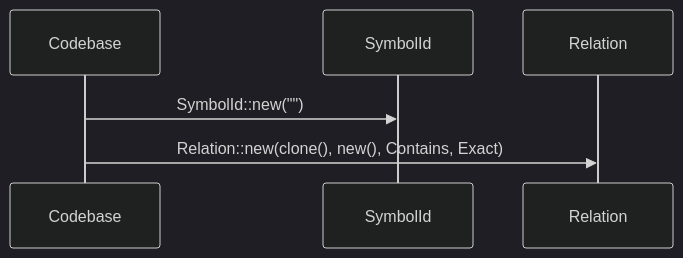
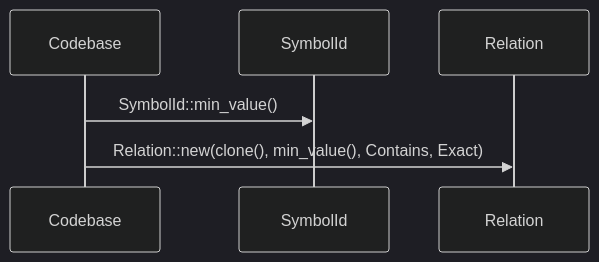
Before and after one commit to DreamLab-AI/codemaid: the fourth of 6 diagrams in docs/sealmap/crates/sealmap-model/src/codebase.rs.md, drawn with Mermaid (dark theme). The commit also changed other lines of this file and 45 other files, not shown here.

First line of the commit message:
docs: regenerate the self-corpus for sym: ids and schema v2

````diff
--- a/docs/sealmap/crates/sealmap-model/src/codebase.rs.md
+++ b/docs/sealmap/crates/sealmap-model/src/codebase.rs.md
@@ -81,8 +119,8 @@
 ```mermaid
 sequenceDiagram
-  participant sealmap_model__codebase__Codebase as Codebase
-  participant sealmap_model__symbol__SymbolId as SymbolId
-  participant sealmap_model__symbol__Relation as Relation
-  sealmap_model__codebase__Codebase->>sealmap_model__symbol__SymbolId: SymbolId::new(#quot;#quot;)
-  sealmap_model__codebase__Codebase->>sealmap_model__symbol__Relation: Relation::new(clone(), new(), Contains, Exact)
+  participant sealmap_model__codebase___tCodebase as Codebase
+  participant sealmap_model__sym___tSymbolId as SymbolId
+  participant sealmap_model__symbol___tRelation as Relation
+  sealmap_model__codebase___tCodebase->>sealmap_model__sym___tSymbolId: SymbolId::min_value()
+  sealmap_model__codebase___tCodebase->>sealmap_model__symbol___tRelation: Relation::new(clone(), min_value(), Contains, Exact)
 ```
````
